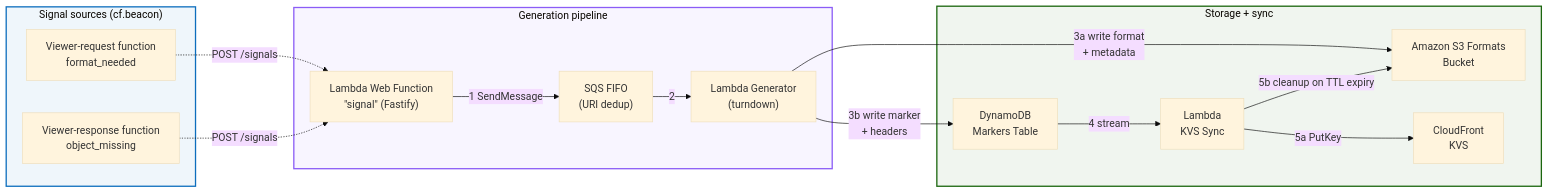
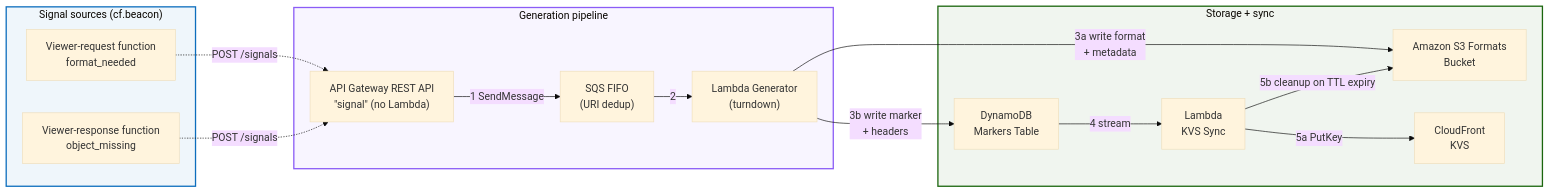
One commit to aws-samples/sample-automated-markdowns-for-agents-using-cloudfront-and-waf changed the third of 3 diagrams in README.md. Above: the diagram before and after it, drawn with Mermaid (base theme). The commit also changed other lines of this file, not shown here.

Commit message:
README: signal path through API Gateway to SQS; cost and clean-up

````diff
--- a/README.md
+++ b/README.md
@@ -106,34 +106,34 @@
 ```mermaid
 flowchart LR
     subgraph Signals["Signal sources (cf.beacon)"]
         VReq["Viewer-request function<br/>format_needed"]
         VRes["Viewer-response function<br/>object_missing"]
     end
 
     subgraph Pipeline["Generation pipeline"]
-        Signal["Lambda Web Function<br/>#quot;signal#quot; (Fastify)"]
+        Signal["API Gateway REST API<br/>#quot;signal#quot; (no Lambda)"]
         SQS["SQS FIFO<br/>(URI dedup)"]
         Gen["Lambda Generator<br/>(turndown)"]
     end
 
     subgraph Storage["Storage + sync"]
         FormatsBucket["Amazon S3 Formats<br/>Bucket"]
         DDB["DynamoDB<br/>Markers Table"]
         KVSSync["Lambda<br/>KVS Sync"]
         KVS["CloudFront<br/>KVS"]
     end
 
     VReq -.->|"POST /signals"| Signal
     VRes -.->|"POST /signals"| Signal
     Signal -->|"1 SendMessage"| SQS
     SQS -->|"2"| Gen
     Gen -->|"3a write format<br/>+ metadata"| FormatsBucket
     Gen -->|"3b write marker<br/>+ headers"| DDB
     DDB -->|"4 stream"| KVSSync
     KVSSync -->|"5a PutKey"| KVS
     KVSSync -->|"5b cleanup on TTL expiry"| FormatsBucket
 
     style Signals fill:#0d6ebd10,stroke:#0d6ebd,stroke-width:2px
     style Pipeline fill:#8b5cf610,stroke:#8b5cf6,stroke-width:2px
     style Storage fill:#1b660e10,stroke:#1b660e,stroke-width:2px
 ```
````
